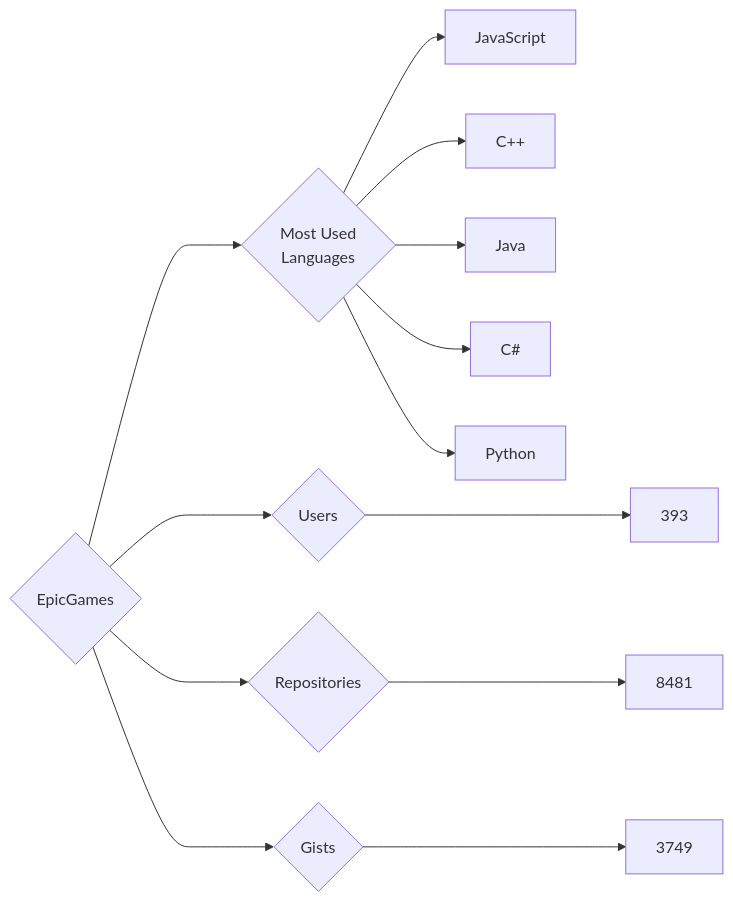
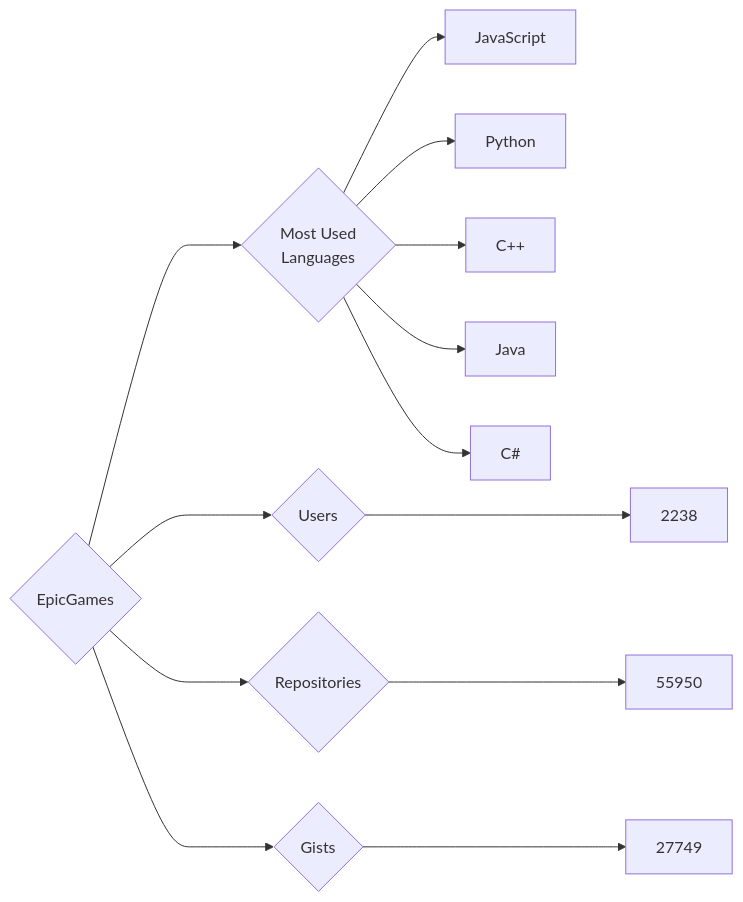
One commit to trickest/insiders changed the diagram in targets/EpicGames/README.md. Above: the diagram before and after it, drawn with Mermaid. The commit also changed 770 other files, not shown here.

````diff
--- a/targets/EpicGames/README.md
+++ b/targets/EpicGames/README.md
@@ -3,13 +3,13 @@
 ```mermaid
 graph LR
 COMPANY_NAME{EpicGames}
-COMPANY_NAME ---> U{Users} ---> UN[393]
-COMPANY_NAME ---> R{Repositories} ---> RN[8481]
-COMPANY_NAME ---> G{Gists} ---> GN[3749]
+COMPANY_NAME ---> U{Users} ---> UN[2238]
+COMPANY_NAME ---> R{Repositories} ---> RN[55950]
+COMPANY_NAME ---> G{Gists} ---> GN[27749]
 COMPANY_NAME ---> ML{Most Used<br>Languages}
 ML --> JavaScript[JavaScript]
+ML --> Python[Python]
 ML --> C++[C++]
 ML --> Java[Java]
 ML --> C#[C#]
-ML --> Python[Python]
 ```
````
